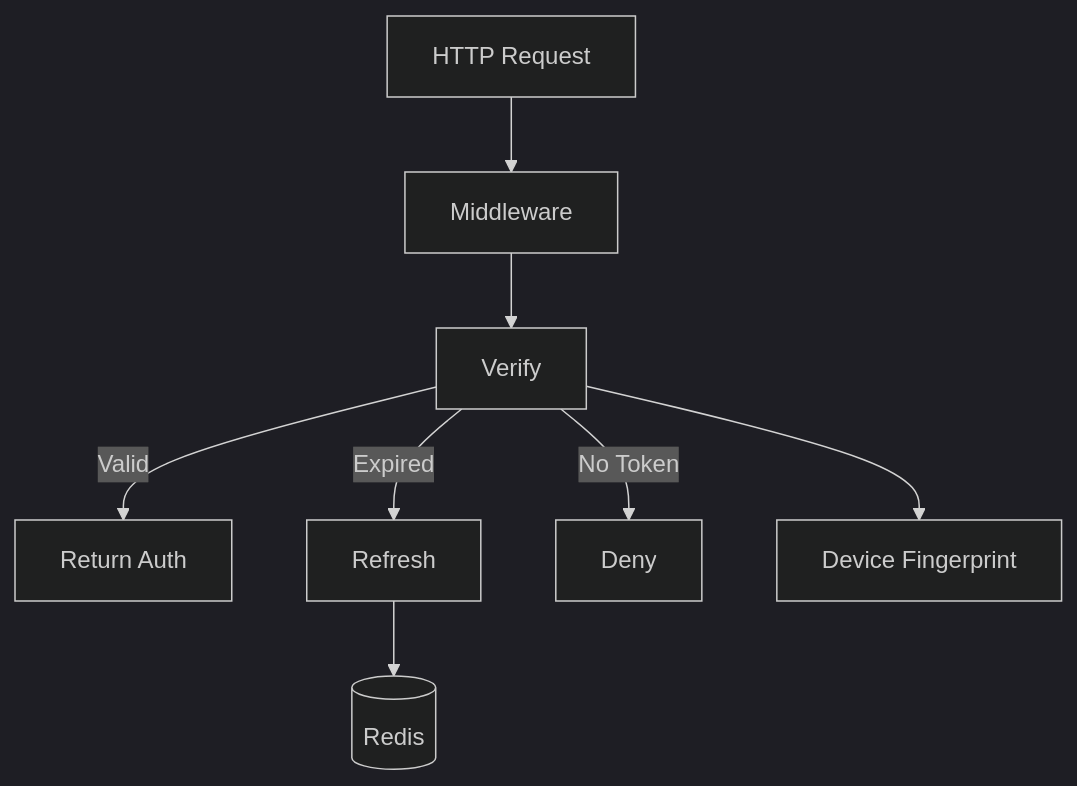
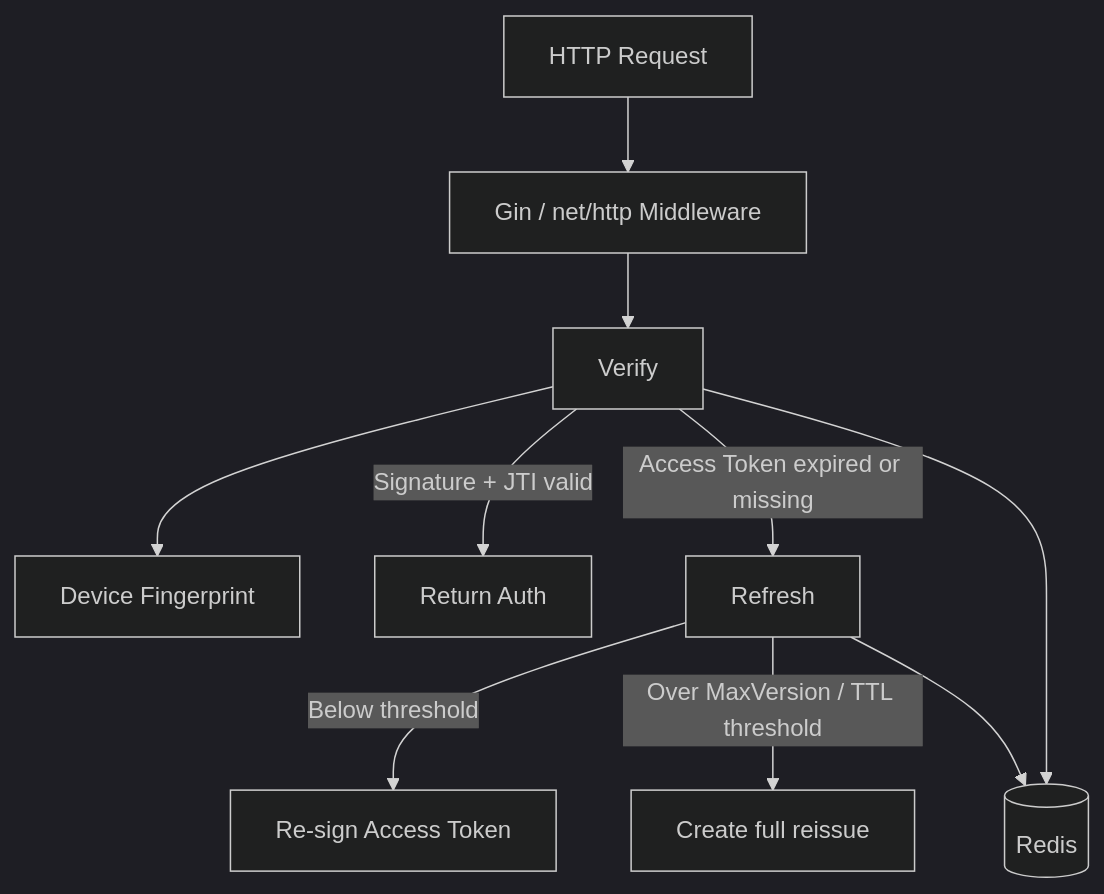
One commit to pardnchiu/go-jwt changed the diagram in README.md. Above: the diagram before and after it, drawn with Mermaid (dark theme). The commit also changed other lines of this file and 6 other files, not shown here.

Commit message:
doc: Regenerate bilingual README, technical docs, and architecture diagrams

````diff
--- a/README.md
+++ b/README.md
@@ -47,10 +43,12 @@
 ```mermaid
 graph TB
-    REQ[HTTP Request] --> MW[Middleware]
+    REQ[HTTP Request] --> MW[Gin / net/http Middleware]
     MW --> V[Verify]
-    V -->|Valid| AUTH[Return Auth]
-    V -->|Expired| RF[Refresh]
-    V -->|No Token| DENY[Deny]
-    RF --> REDIS[(Redis)]
     V --> FP[Device Fingerprint]
+    V -->|Signature + JTI valid| OK[Return Auth]
+    V -->|Access Token expired or missing| RF[Refresh]
+    RF -->|Below threshold| RS[Re-sign Access Token]
+    RF -->|Over MaxVersion / TTL threshold| CR[Create full reissue]
+    V --> REDIS[(Redis)]
+    RF --> REDIS
 ```
````
